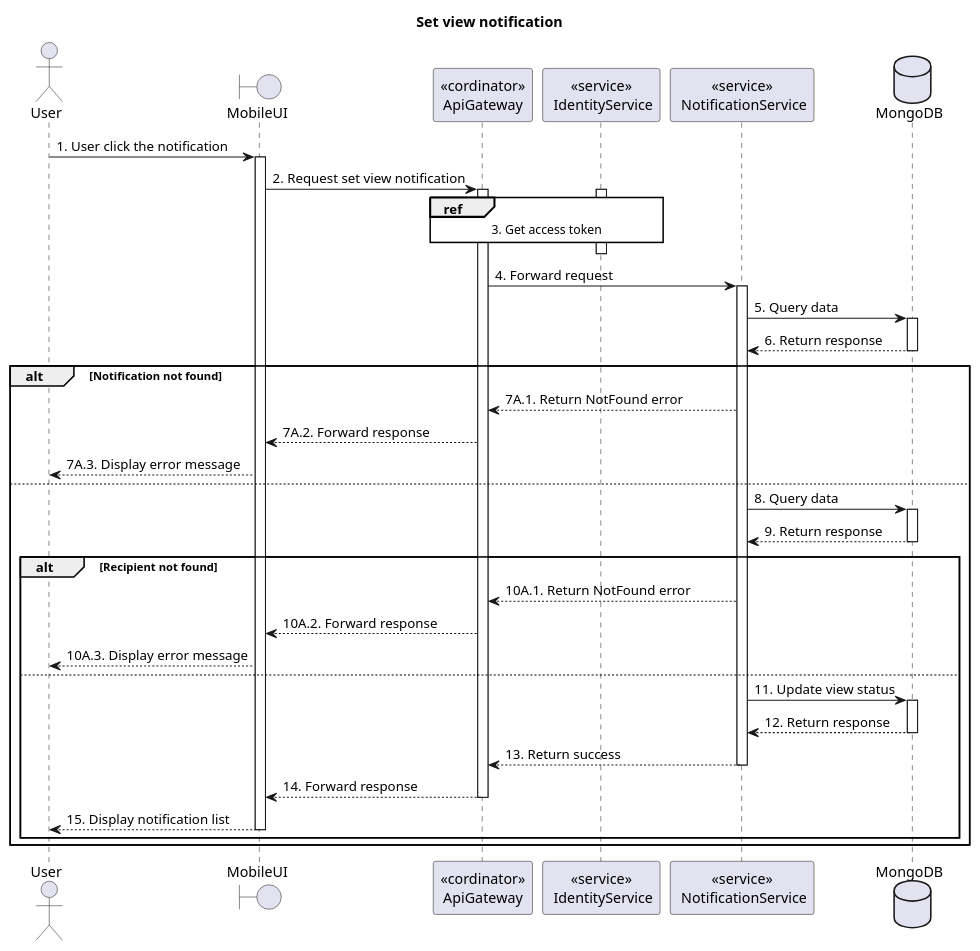
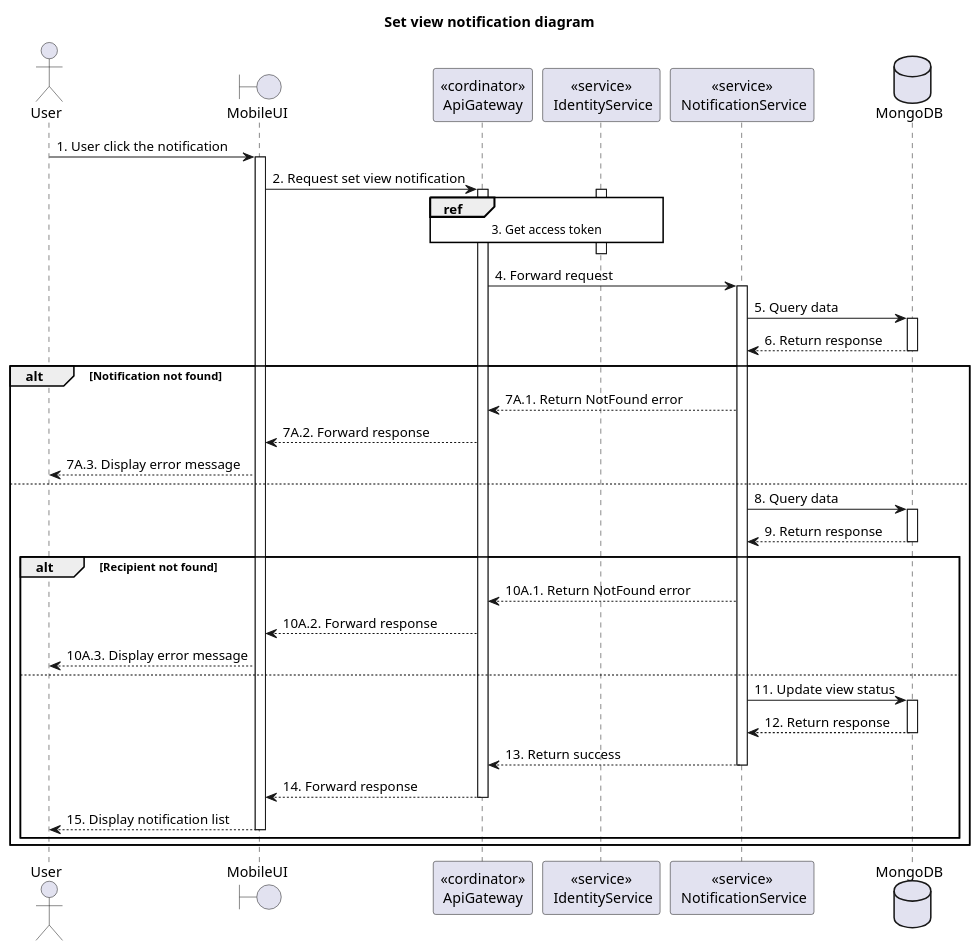
Before and after one commit to Carl-Johnsons/tastopia: the diagram in doc/SDS/Notification/Set View Notification/Sequence.plantuml, drawn with PlantUML. The commit also changed 10 other files, not shown here.

```diff
--- a/doc/SDS/Notification/Set View Notification/Sequence.plantuml
+++ b/doc/SDS/Notification/Set View Notification/Sequence.plantuml
@@ -1,53 +1,53 @@
 @startuml Sequence
-title "Set view notification"
+title "Set view notification diagram"
 
 ' Style section
 <style>
   sequenceDiagram {
     reference {
       BackGroundColor white
     }
 }
 </style>
 
 actor User
 boundary MobileUI
 participant "<<cordinator>>\nApiGateway" as ApiGateway
 participant "<<service>>\n IdentityService" as IdentityService
 participant "<<service>>\n NotificationService" as NotificationService
 database MongoDB
 
 User -> MobileUI ++: 1. User click the notification
 MobileUI -> ApiGateway ++: 2. Request set view notification
 
 activate IdentityService
 ref over ApiGateway, IdentityService: 3. Get access token
 ApiGateway -[hidden]-> IdentityService
 deactivate IdentityService
 
 ApiGateway -> NotificationService ++: 4. Forward request
 
 NotificationService -> MongoDB++: 5. Query data
 NotificationService <-- MongoDB--: 6. Return response
 
 alt Notification not found
   ApiGateway <-- NotificationService: 7A.1. Return NotFound error
   MobileUI <-- ApiGateway: 7A.2. Forward response
   User <-- MobileUI: 7A.3. Display error message
 else
   NotificationService -> MongoDB++: 8. Query data
   NotificationService <-- MongoDB--: 9. Return response
   alt Recipient not found
     ApiGateway <-- NotificationService: 10A.1. Return NotFound error
     MobileUI <-- ApiGateway: 10A.2. Forward response
     User <-- MobileUI: 10A.3. Display error message
   else
     NotificationService -> MongoDB++: 11. Update view status
     NotificationService <-- MongoDB--: 12. Return response
     ApiGateway <-- NotificationService--: 13. Return success
     MobileUI <-- ApiGateway--: 14. Forward response
     User <-- MobileUI--: 15. Display notification list
   end
 end
 
 @enduml
```
